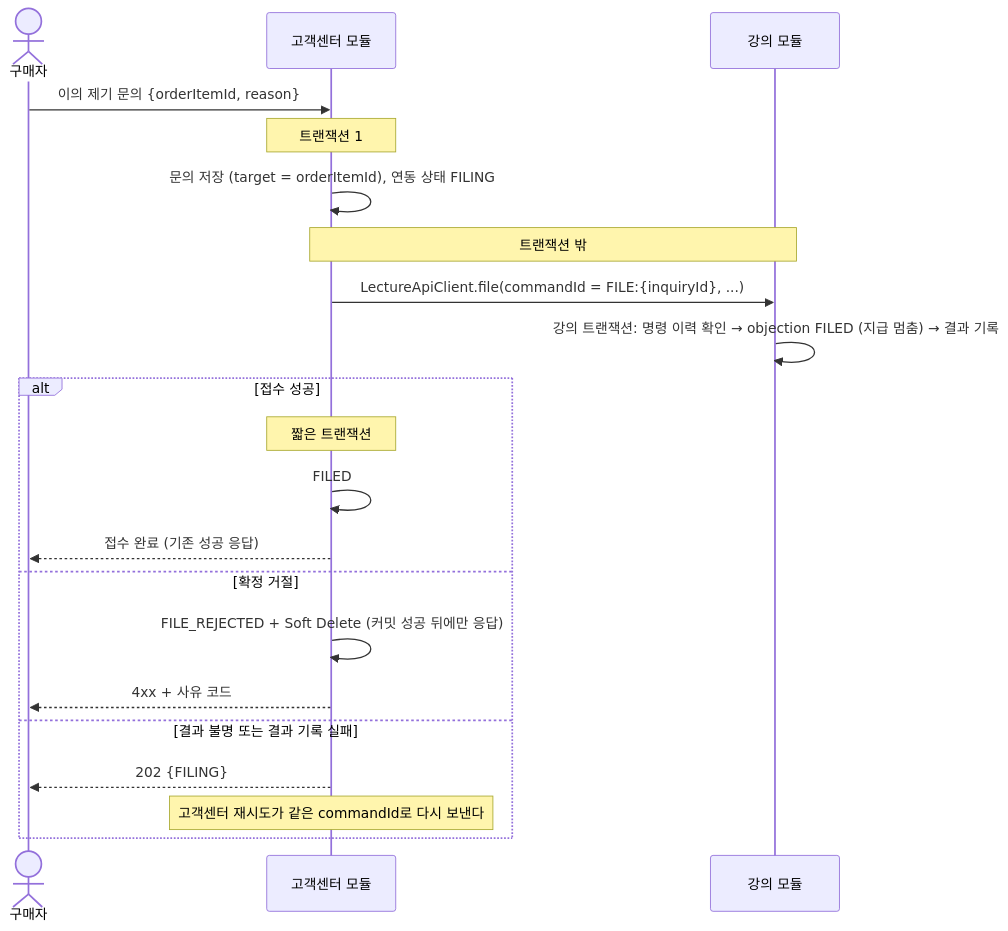
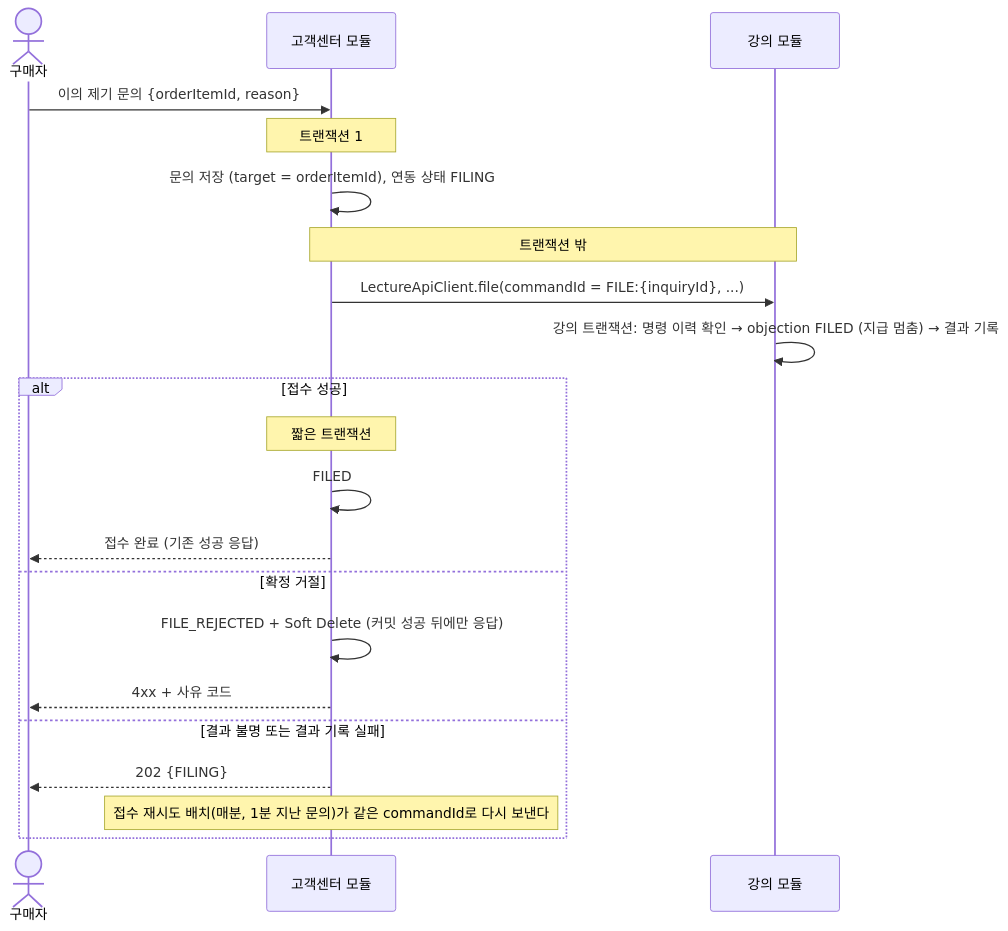
One commit to prgrms-be-adv-devcourse/beadv8_8_LMS_BE changed the fourth of 5 diagrams in docs/lecture/integration.md. Above: the diagram before and after it, drawn with Mermaid. The commit also changed other lines of this file and 16 other files, not shown here.

````diff
--- a/docs/lecture/integration.md
+++ b/docs/lecture/integration.md
@@ -294,23 +276,23 @@
 ```mermaid
 sequenceDiagram
     actor B as 구매자
     participant CS as 고객센터 모듈
     participant LEC as 강의 모듈
     B->>CS: 이의 제기 문의 {orderItemId, reason}
     Note over CS: 트랜잭션 1
     CS->>CS: 문의 저장 (target = orderItemId), 연동 상태 FILING
     Note over CS,LEC: 트랜잭션 밖
     CS->>LEC: LectureApiClient.file(commandId = FILE:{inquiryId}, ...)
     LEC->>LEC: 강의 트랜잭션: 명령 이력 확인 → objection FILED (지급 멈춤) → 결과 기록
     alt 접수 성공
         Note over CS: 짧은 트랜잭션
         CS->>CS: FILED
         CS-->>B: 접수 완료 (기존 성공 응답)
     else 확정 거절
         CS->>CS: FILE_REJECTED + Soft Delete (커밋 성공 뒤에만 응답)
         CS-->>B: 4xx + 사유 코드
     else 결과 불명 또는 결과 기록 실패
         CS-->>B: 202 {FILING}
-        Note over CS: 고객센터 재시도가 같은 commandId로 다시 보낸다
+        Note over CS: 접수 재시도 배치(매분, 1분 지난 문의)가 같은 commandId로 다시 보낸다
     end
 ```
````
